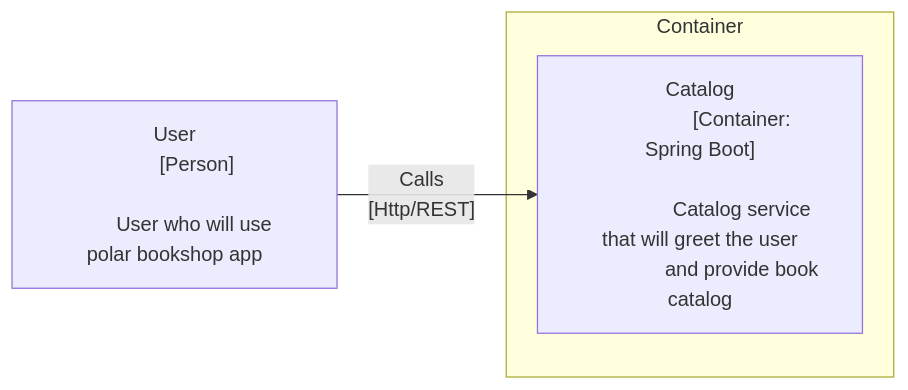
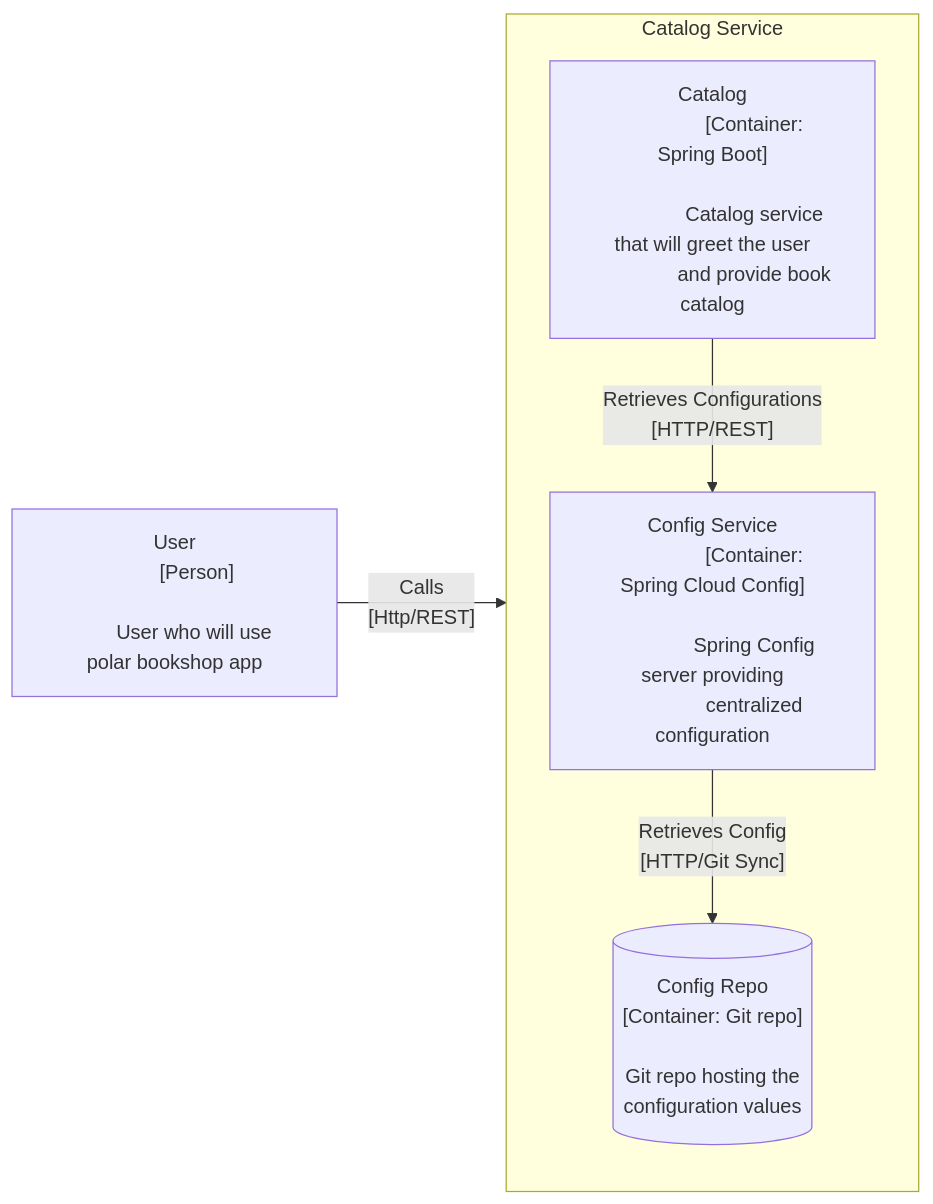
Before and after one commit to MohadKamil/BookCatalog: the diagram in design/ArchitectureContext.mmd, drawn with Mermaid.

Commit message:
updated container architecture design for catalog service

```diff
--- a/design/ArchitectureContext.mmd
+++ b/design/ArchitectureContext.mmd
@@ -1,17 +1,38 @@
 flowchart LR
     User["User
         [Person]
 
         User who will use polar bookshop app"]
 
 
-    subgraph Container
+    subgraph "Catalog Service"
+        direction TB
         Catalog["Catalog
                 [Container: Spring Boot]
 
                 Catalog service that will greet the user
                 and provide book catalog"]
+
+        Config["Config Service
+                [Container: Spring Cloud Config]
+
+                Spring Config server providing
+                centralized configuration
+        "]
+
+        ConfigGit[("Config Repo
+                    [Container: Git repo]
+
+                    Git repo hosting the
+                    configuration values
+        ")]
+
+        Config --"Retrieves Config
+                  [HTTP/Git Sync]"-->ConfigGit
+
+        Catalog --"Retrieves Configurations
+                    [HTTP/REST]"-->Config
     end
 
     User --"Calls
             [Http/REST]"--> Catalog
```
